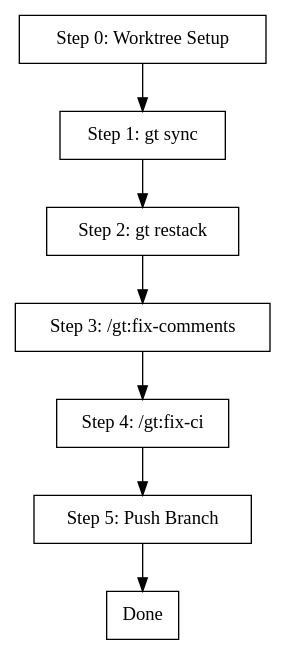
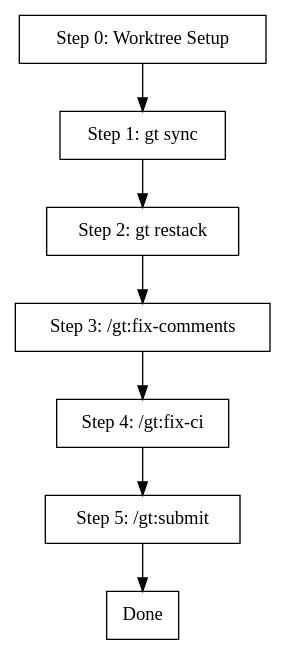
Before and after one commit to relh/metta: the diagram in docs/ai/daveey/skills/gt:fix-branch/SKILL.md, drawn with Graphviz. The commit also changed other lines of this file and 9 other files, not shown here.

````diff
--- a/docs/ai/daveey/skills/gt:fix-branch/SKILL.md
+++ b/docs/ai/daveey/skills/gt:fix-branch/SKILL.md
@@ -20,16 +20,16 @@
 ```dot
 digraph fix_branch {
   rankdir=TB;
   node [shape=box];
 
   worktree [label="Step 0: Worktree Setup"];
   sync [label="Step 1: gt sync"];
   restack [label="Step 2: gt restack"];
   fix_comments [label="Step 3: /gt:fix-comments"];
   fix_ci [label="Step 4: /gt:fix-ci"];
-  push [label="Step 5: Push Branch"];
+  push [label="Step 5: /gt:submit"];
   done [label="Done"];
 
   worktree -> sync -> restack -> fix_comments -> fix_ci -> push -> done;
 }
 ```
````
